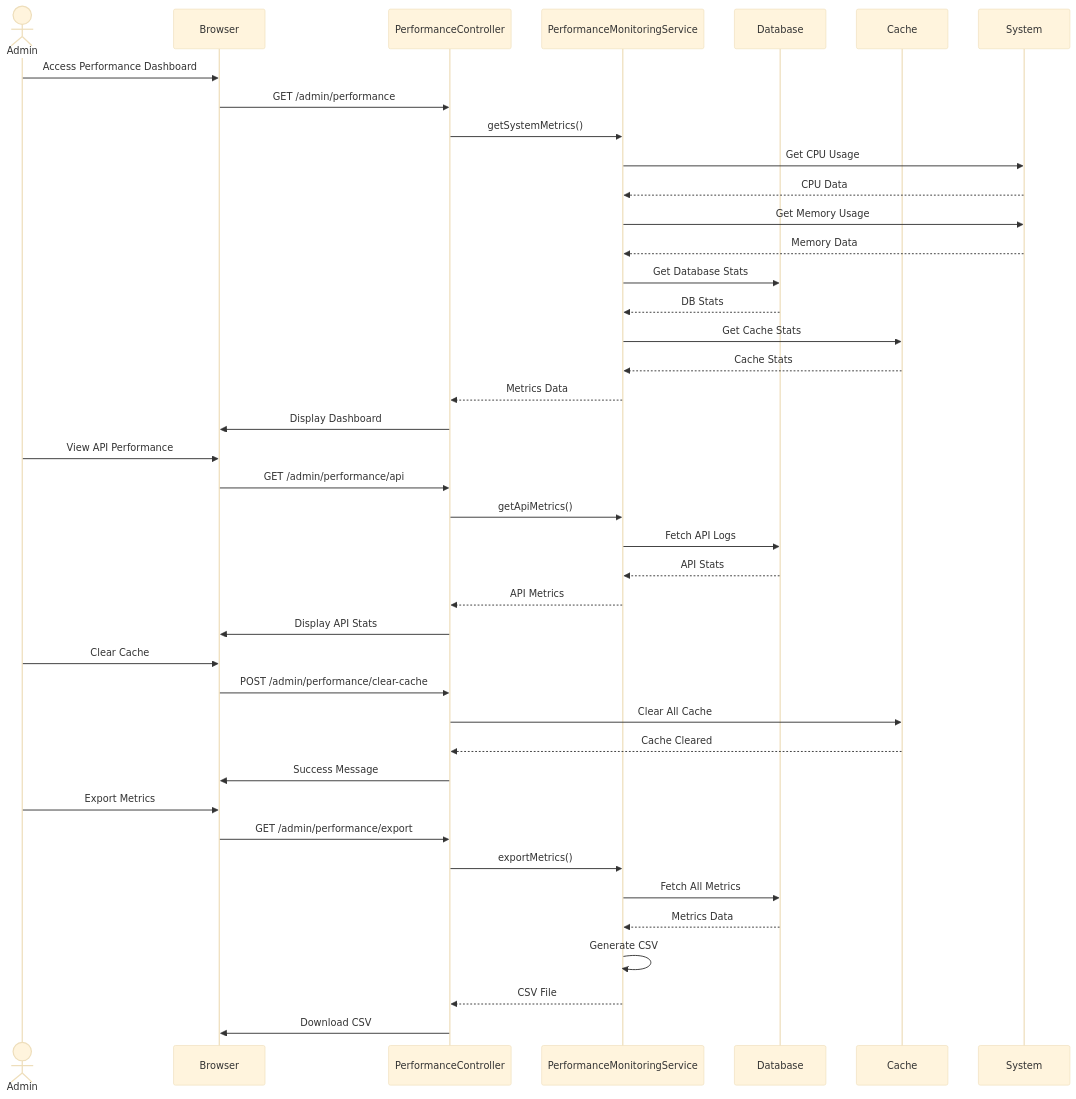
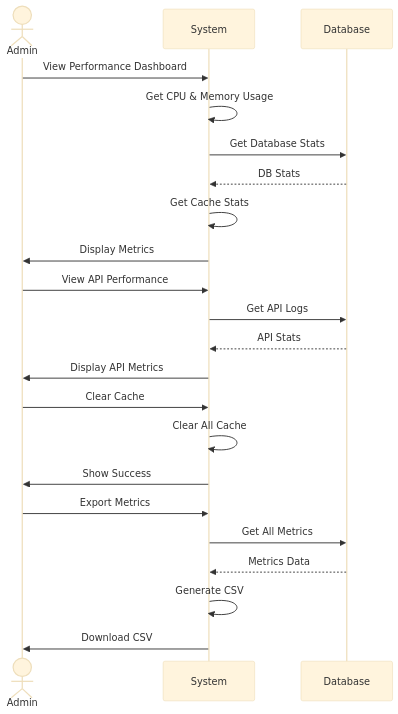
One commit to abdullah2323442/thesisrepo-backup changed diagram 14 of 19 in documentation/sequence-diagrams.md. Above: the diagram before and after it, drawn with Mermaid (base theme). The commit also changed other lines of this file, not shown here.

````diff
--- a/documentation/sequence-diagrams.md
+++ b/documentation/sequence-diagrams.md
@@ -746,52 +432,28 @@
 ```mermaid
 sequenceDiagram
     actor Admin
-    participant Browser
-    participant PerformanceController
-    participant PerformanceMonitoringService
+    participant System
     participant Database
-    participant Cache
-    participant System
 
-    Admin->>Browser: Access Performance Dashboard
-    Browser->>PerformanceController: GET /admin/performance
-    PerformanceController->>PerformanceMonitoringService: getSystemMetrics()
+    Admin->>System: View Performance Dashboard
+    System->>System: Get CPU & Memory Usage
+    System->>Database: Get Database Stats
+    Database-->>System: DB Stats
+    System->>System: Get Cache Stats
+    System->>Admin: Display Metrics
     
-    PerformanceMonitoringService->>System: Get CPU Usage
-    System-->>PerformanceMonitoringService: CPU Data
+    Admin->>System: View API Performance
+    System->>Database: Get API Logs
+    Database-->>System: API Stats
+    System->>Admin: Display API Metrics
     
-    PerformanceMonitoringService->>System: Get Memory Usage
-    System-->>PerformanceMonitoringService: Memory Data
+    Admin->>System: Clear Cache
+    System->>System: Clear All Cache
+    System->>Admin: Show Success
     
-    PerformanceMonitoringService->>Database: Get Database Stats
-    Database-->>PerformanceMonitoringService: DB Stats
-    
-    PerformanceMonitoringService->>Cache: Get Cache Stats
-    Cache-->>PerformanceMonitoringService: Cache Stats
-    
-    PerformanceMonitoringService-->>PerformanceController: Metrics Data
-    PerformanceController->>Browser: Display Dashboard
-    
-    Admin->>Browser: View API Performance
-    Browser->>PerformanceController: GET /admin/performance/api
-    PerformanceController->>PerformanceMonitoringService: getApiMetrics()
-    PerformanceMonitoringService->>Database: Fetch API Logs
-    Database-->>PerformanceMonitoringService: API Stats
-    PerformanceMonitoringService-->>PerformanceController: API Metrics
-    PerformanceController->>Browser: Display API Stats
-    
-    Admin->>Browser: Clear Cache
-    Browser->>PerformanceController: POST /admin/performance/clear-cache
-    PerformanceController->>Cache: Clear All Cache
-    Cache-->>PerformanceController: Cache Cleared
-    PerformanceController->>Browser: Success Message
-    
-    Admin->>Browser: Export Metrics
-    Browser->>PerformanceController: GET /admin/performance/export
-    PerformanceController->>PerformanceMonitoringService: exportMetrics()
-    PerformanceMonitoringService->>Database: Fetch All Metrics
-    Database-->>PerformanceMonitoringService: Metrics Data
-    PerformanceMonitoringService->>PerformanceMonitoringService: Generate CSV
-    PerformanceMonitoringService-->>PerformanceController: CSV File
-    PerformanceController->>Browser: Download CSV
+    Admin->>System: Export Metrics
+    System->>Database: Get All Metrics
+    Database-->>System: Metrics Data
+    System->>System: Generate CSV
+    System->>Admin: Download CSV
 ```
````
